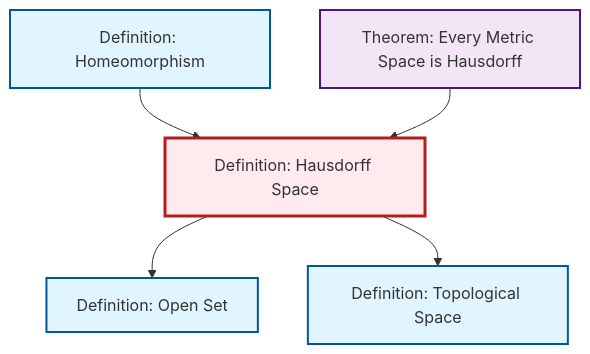
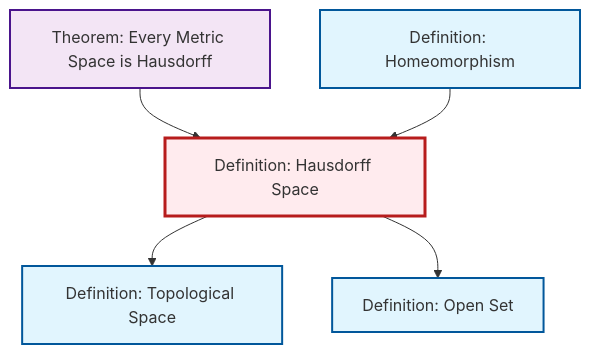
Before and after one commit to RK0429/ModernMath: the diagram in content/en/topology/def-hausdorff.qmd, drawn with Mermaid. The commit also changed other lines of this file and 1012 other files, not shown here.

````diff
--- a/content/en/topology/def-hausdorff.qmd
+++ b/content/en/topology/def-hausdorff.qmd
@@ -53,23 +53,23 @@
 ```{mermaid}
 %%| fig-cap: "Local dependency graph"
 graph TD
     classDef definition fill:#e1f5fe,stroke:#01579b,stroke-width:2px
     classDef theorem fill:#f3e5f5,stroke:#4a148c,stroke-width:2px
     classDef axiom fill:#fff3e0,stroke:#e65100,stroke-width:2px
     classDef example fill:#e8f5e9,stroke:#1b5e20,stroke-width:2px
     classDef current fill:#ffebee,stroke:#b71c1c,stroke-width:3px
+    def-open-set["Definition: Open Set"]:::definition
+    def-homeomorphism["Definition: Homeomorphism"]:::definition
     thm-metric-hausdorff["Theorem: Every Metric Space is Hausdorff"]:::theorem
-    def-homeomorphism["Definition: Homeomorphism"]:::definition
+    def-topological-space["Definition: Topological Space"]:::definition
     def-hausdorff["Definition: Hausdorff Space"]:::definition
-    def-open-set["Definition: Open Set"]:::definition
-    def-topological-space["Definition: Topological Space"]:::definition
-    def-hausdorff --> def-open-set
-    def-homeomorphism --> def-hausdorff
     def-hausdorff --> def-topological-space
     thm-metric-hausdorff --> def-hausdorff
+    def-homeomorphism --> def-hausdorff
+    def-hausdorff --> def-open-set
     class def-hausdorff current
+    click def-open-set "def-open-set.html" "Go to Open Set definition"
+    click def-homeomorphism "def-homeomorphism.html" "Go to Homeomorphism definition"
     click thm-metric-hausdorff "thm-metric-hausdorff.html" "Go to Every Metric Space is Hausdorff theorem"
-    click def-homeomorphism "def-homeomorphism.html" "Go to Homeomorphism definition"
-    click def-open-set "def-open-set.html" "Go to Open Set definition"
     click def-topological-space "def-topological-space.html" "Go to Topological Space definition"
 ```
````
